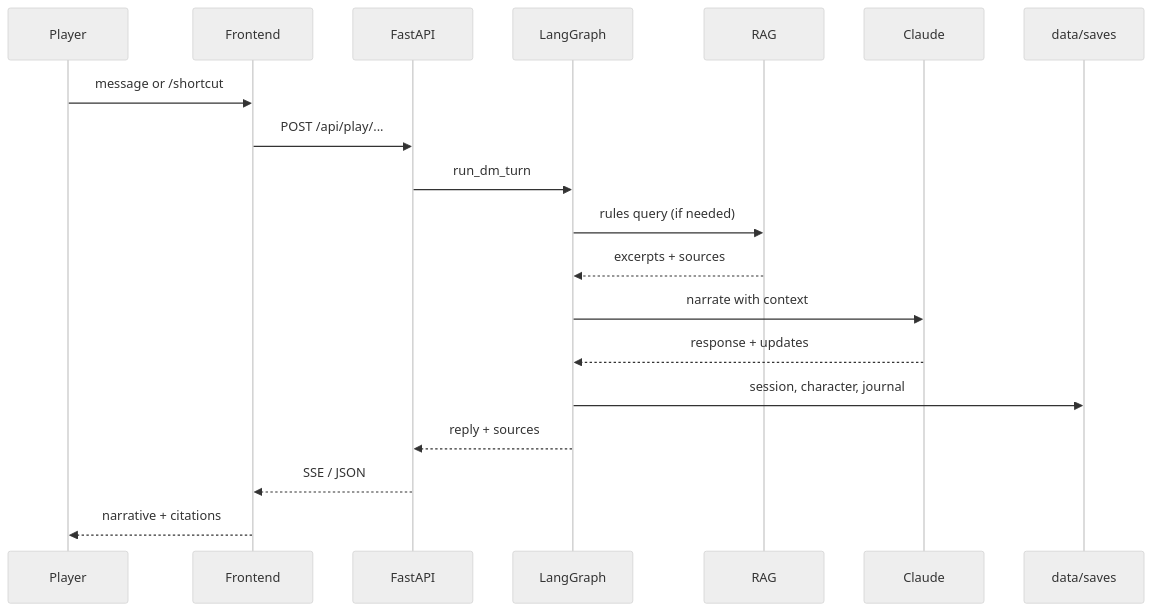
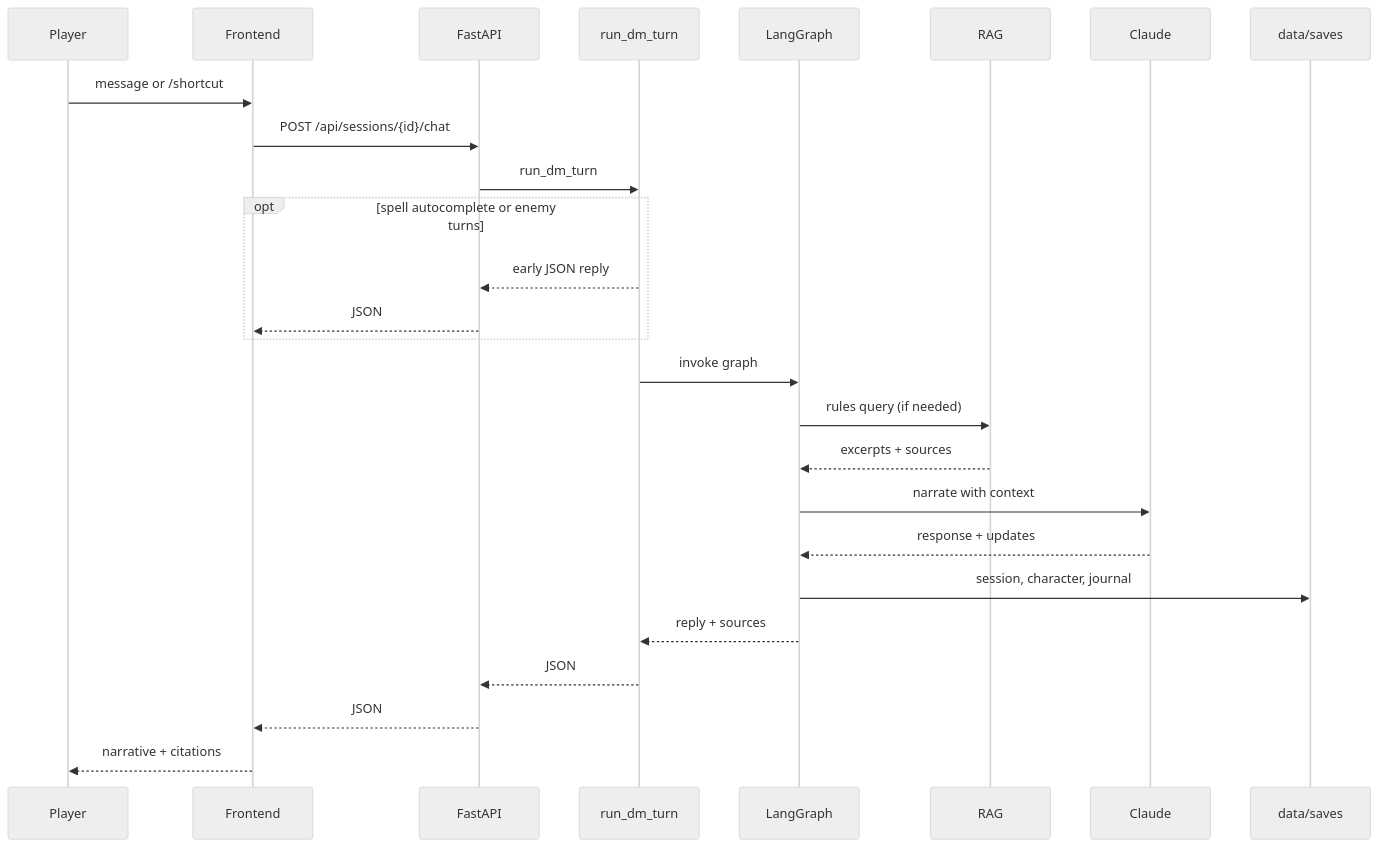
Before and after one commit to Celssi/auto-dm: the fourth of 4 diagrams in README.md, drawn with Mermaid (neutral theme). The commit also changed other lines of this file, not shown here.

First line of the commit message:
Update README to match current architecture and features.

````diff
--- a/README.md
+++ b/README.md
@@ -291,22 +317,29 @@
 ```mermaid
 sequenceDiagram
     participant P as Player
     participant UI as Frontend
     participant API as FastAPI
+    participant T as run_dm_turn
     participant G as LangGraph
     participant R as RAG
     participant L as Claude
     participant D as data/saves
 
     P->>UI: message or /shortcut
-    UI->>API: POST /api/play/...
-    API->>G: run_dm_turn
+    UI->>API: POST /api/sessions/{id}/chat
+    API->>T: run_dm_turn
+    opt spell autocomplete or enemy turns
+        T-->>API: early JSON reply
+        API-->>UI: JSON
+    end
+    T->>G: invoke graph
     G->>R: rules query (if needed)
     R-->>G: excerpts + sources
     G->>L: narrate with context
     L-->>G: response + updates
     G->>D: session, character, journal
-    G-->>API: reply + sources
-    API-->>UI: SSE / JSON
+    G-->>T: reply + sources
+    T-->>API: JSON
+    API-->>UI: JSON
     UI-->>P: narrative + citations
 ```
````
